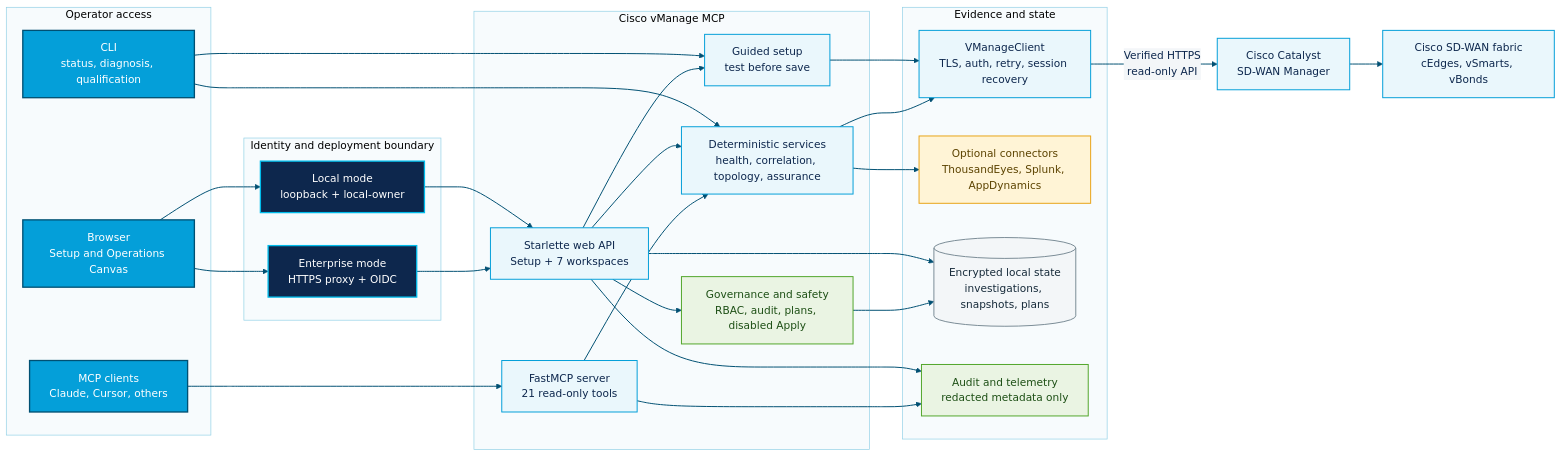
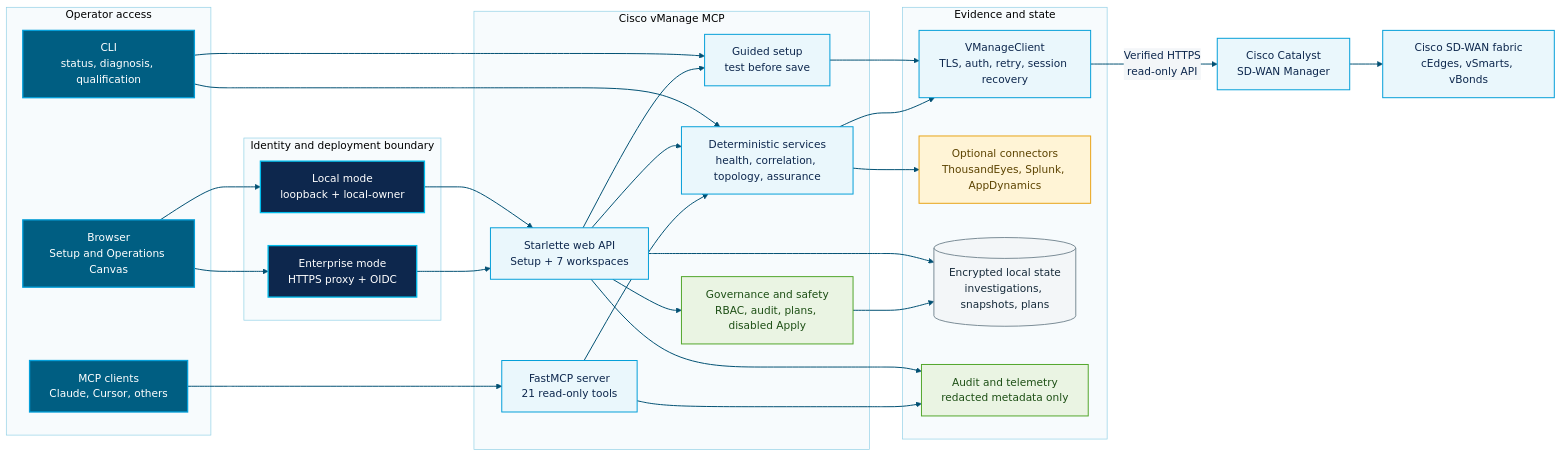
Before and after one commit to weegienamja/sdwan-mcp-server: the diagram in README.md, drawn with Mermaid. The commit also changed other lines of this file and 2 other files, not shown here.

````diff
--- a/README.md
+++ b/README.md
@@ -18,63 +46,63 @@
 ```mermaid
 %%{init: {"theme": "base", "themeVariables": {"fontFamily": "CiscoSans, Helvetica Neue, Arial, sans-serif", "primaryColor": "#EAF7FC", "primaryTextColor": "#0D274D", "primaryBorderColor": "#049FD9", "lineColor": "#005073", "secondaryColor": "#F3F6F8", "tertiaryColor": "#FFFFFF", "clusterBkg": "#F7FBFD", "clusterBorder": "#8FCFE5"}}}%%
 flowchart LR
   subgraph Access["Operator access"]
     Browser["Browser<br/>Setup and Operations Canvas"]
     MCP["MCP clients<br/>Claude, Cursor, others"]
     CLI["CLI<br/>status, diagnosis, qualification"]
   end
 
   subgraph Boundary["Identity and deployment boundary"]
     Local["Local mode<br/>loopback + local-owner"]
     OIDC["Enterprise mode<br/>HTTPS proxy + OIDC"]
   end
 
   subgraph Core["Cisco vManage MCP"]
     Web["Starlette web API<br/>Setup + 7 workspaces"]
     FastMCP["FastMCP server<br/>21 read-only tools"]
     Setup["Guided setup<br/>test before save"]
     Services["Deterministic services<br/>health, correlation, topology, assurance"]
     Policy["Governance and safety<br/>RBAC, audit, plans, disabled Apply"]
   end
 
   subgraph Data["Evidence and state"]
     Client["VManageClient<br/>TLS, auth, retry, session recovery"]
     Connectors["Optional connectors<br/>ThousandEyes, Splunk, AppDynamics"]
     State[("Encrypted local state<br/>investigations, snapshots, plans")]
     Audit["Audit and telemetry<br/>redacted metadata only"]
   end
 
   Browser --> Local --> Web
   Browser --> OIDC --> Web
   MCP --> FastMCP
   CLI --> Setup
   CLI --> Services
   Web --> Setup
   Web --> Services
   Web --> Policy
   FastMCP --> Services
   Setup --> Client
   Services --> Client
   Services --> Connectors
   Web --> State
   Policy --> State
   Web --> Audit
   FastMCP --> Audit
   Client -- "Verified HTTPS<br/>read-only API" --> Manager["Cisco Catalyst<br/>SD-WAN Manager"]
   Manager --> Fabric["Cisco SD-WAN fabric<br/>cEdges, vSmarts, vBonds"]
 
-  classDef cisco fill:#049FD9,color:#FFFFFF,stroke:#005073,stroke-width:2px;
+  classDef cisco fill:#005E82,color:#FFFFFF,stroke:#049FD9,stroke-width:2px;
   classDef ciscoDark fill:#0D274D,color:#FFFFFF,stroke:#00BCEB,stroke-width:2px;
   classDef ciscoLight fill:#EAF7FC,color:#0D274D,stroke:#049FD9,stroke-width:1.5px;
   classDef safe fill:#EAF4E3,color:#1D4F15,stroke:#52A62B,stroke-width:1.5px;
   classDef optional fill:#FFF4D6,color:#5C4300,stroke:#E8A317,stroke-width:1.5px;
   classDef state fill:#F3F6F8,color:#172B3A,stroke:#7B8C96,stroke-width:1.5px;
 
   class Browser,MCP,CLI cisco;
   class Local,OIDC ciscoDark;
   class Web,FastMCP,Setup,Services,Client,Manager,Fabric ciscoLight;
   class Policy,Audit safe;
   class State state;
   class Connectors optional;
   linkStyle default stroke:#005073,stroke-width:1.5px;
 ```
````
